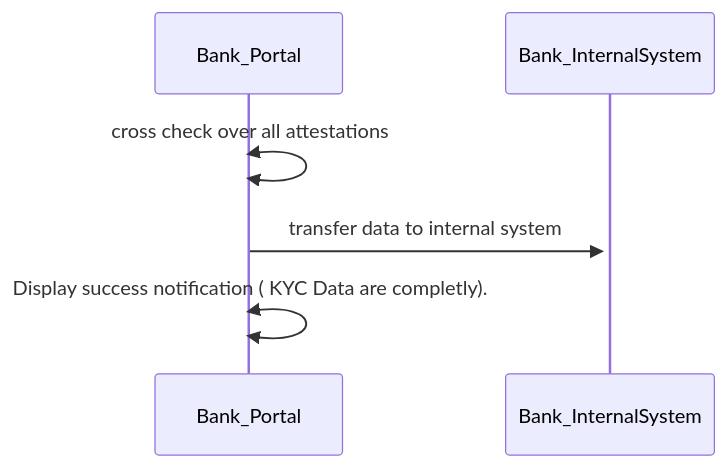
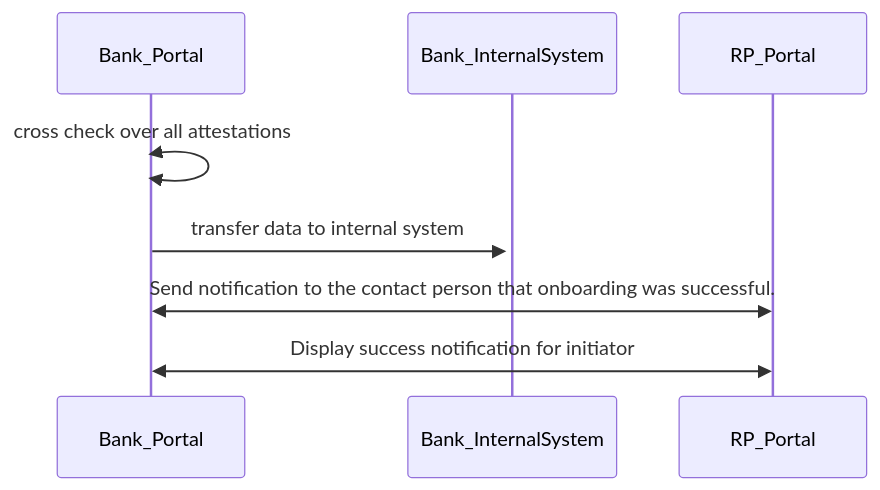
The tenth of 13 diagrams in PA3/PA3_MVP_Plus.md (DominicHurni/wp3-technology-standards), drawn with Mermaid before and after one commit. The commit also changed 3 other files, not shown here.

````diff
--- a/PA3/PA3_MVP_Plus.md
+++ b/PA3/PA3_MVP_Plus.md
@@ -246,7 +246,8 @@
 ```mermaid
 sequenceDiagram
     Bank_Portal<<->>Bank_Portal: cross check over all attestations
     Bank_Portal->>+Bank_InternalSystem: transfer data to internal system
 
-    Bank_Portal<<->>Bank_Portal: Display success notification ( KYC Data are completly).
+    Bank_Portal<<->>RP_Portal: Send notification to the contact person that onboarding was successful.
+    Bank_Portal<<->>RP_Portal: Display success notification for initiator
 ```
````
